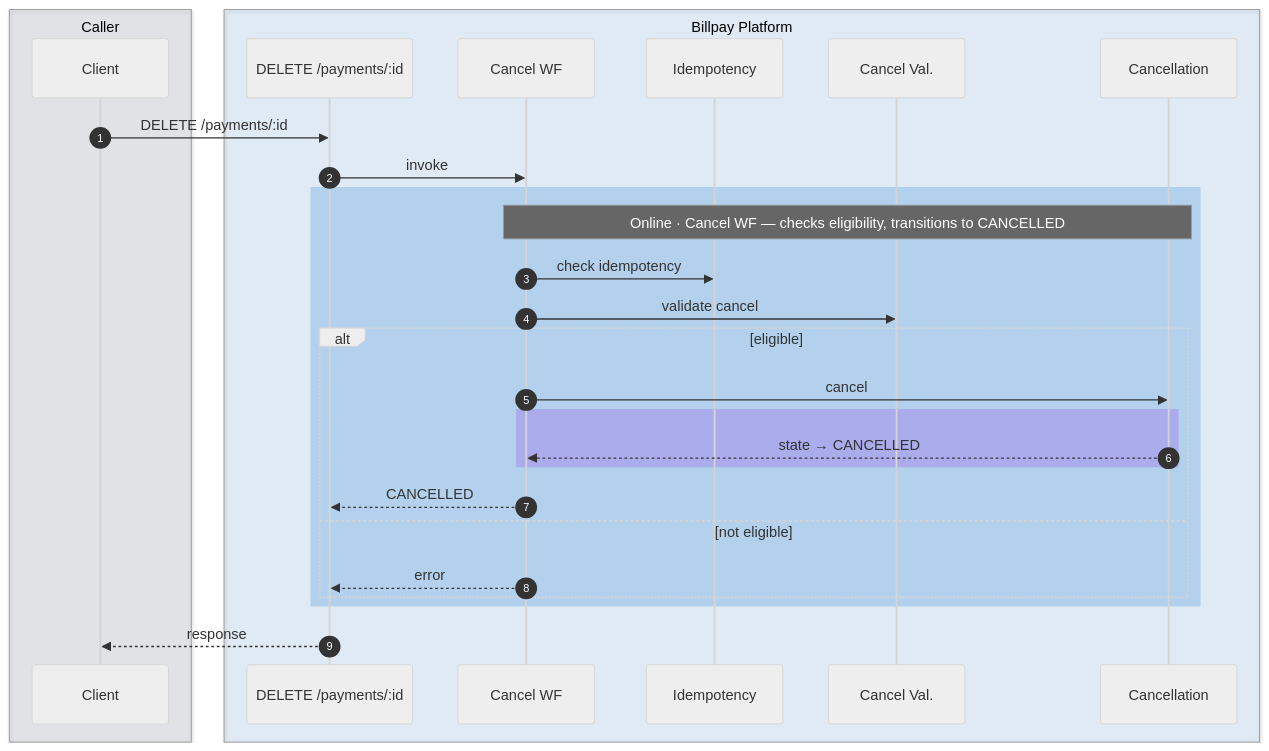
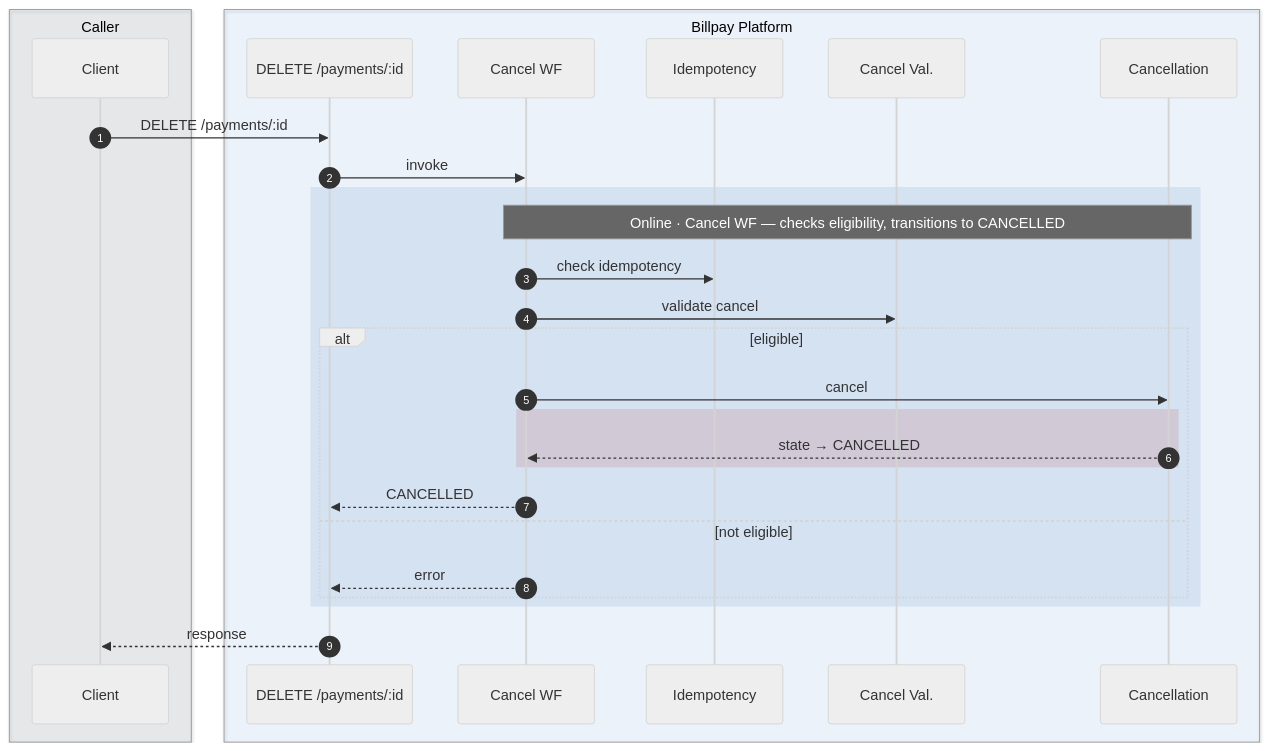
One commit to arunav-bhattacharya/billpay-book changed the sixth of 12 diagrams in website/docs/design/diagrams/sequence-diagram.md. Above: the diagram before and after it, drawn with Mermaid (neutral theme). The commit also changed other lines of this file and 48 other files, not shown here.

````diff
--- a/website/docs/design/diagrams/sequence-diagram.md
+++ b/website/docs/design/diagrams/sequence-diagram.md
@@ -465,36 +465,36 @@
 ```mermaid
 sequenceDiagram
   autonumber
 
-  box rgba(120,132,152,0.16) Caller
+  box rgba(111,124,143,0.12) Caller
     participant C as Client
   end
 
-  box rgba(1,111,208,0.1) Billpay Platform
+  box rgba(1,111,208,0.06) Billpay Platform
     participant API as DELETE /payments/:id
     participant CWF as Cancel WF
     participant IDEMP as Idempotency
     participant PCV as Cancel Val.
     participant PCN as Cancellation
   end
 
   C->>API: DELETE /payments/:id
   API->>CWF: invoke
 
-  rect rgba(1,111,208,0.2)
+  rect rgba(1,91,179,0.10)
     Note over CWF,PCN: Online · Cancel WF — checks eligibility, transitions to CANCELLED
     CWF->>IDEMP: check idempotency
     CWF->>PCV: validate cancel
     alt eligible
       CWF->>PCN: cancel
-      rect rgba(150,75,232,0.28)
+      rect rgba(192,57,43,0.14)
         PCN-->>CWF: state → CANCELLED
       end
       CWF-->>API: CANCELLED
     else not eligible
       CWF-->>API: error
     end
   end
 
   API-->>C: response
 ```
````
